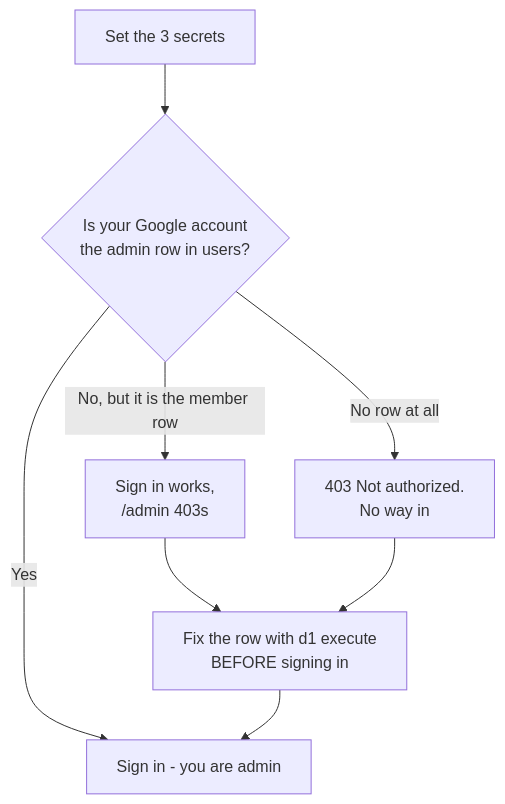
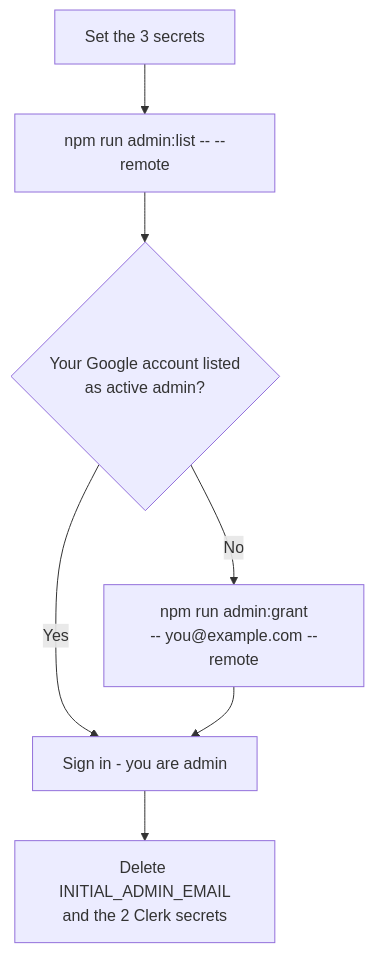
The diagram in docs/runbooks/make-auth-work.md (gustaw-beznicki/Home-dashboard), drawn with Mermaid before and after one commit. The commit also changed other lines of this file and 16 other files, not shown here.

````diff
--- a/docs/runbooks/make-auth-work.md
+++ b/docs/runbooks/make-auth-work.md
@@ -39,10 +41,9 @@
 ```mermaid
 flowchart TD
-    A[Set the 3 secrets] --> B{Is your Google account<br/>the admin row in users?}
-    B -->|Yes| C[Sign in - you are admin]
-    B -->|No, but it is the member row| D[Sign in works,<br/>/admin 403s]
-    B -->|No row at all| E[403 Not authorized.<br/>No way in]
-    D --> F[Fix the row with d1 execute<br/>BEFORE signing in]
-    E --> F
-    F --> C
+    A[Set the 3 secrets] --> B[npm run admin:list -- --remote]
+    B --> C{Your Google account listed<br/>as active admin?}
+    C -->|Yes| D[Sign in - you are admin]
+    C -->|No| E[npm run admin:grant<br/>-- you@example.com --remote]
+    E --> D
+    D --> F[Delete INITIAL_ADMIN_EMAIL<br/>and the 2 Clerk secrets]
 ```
````
